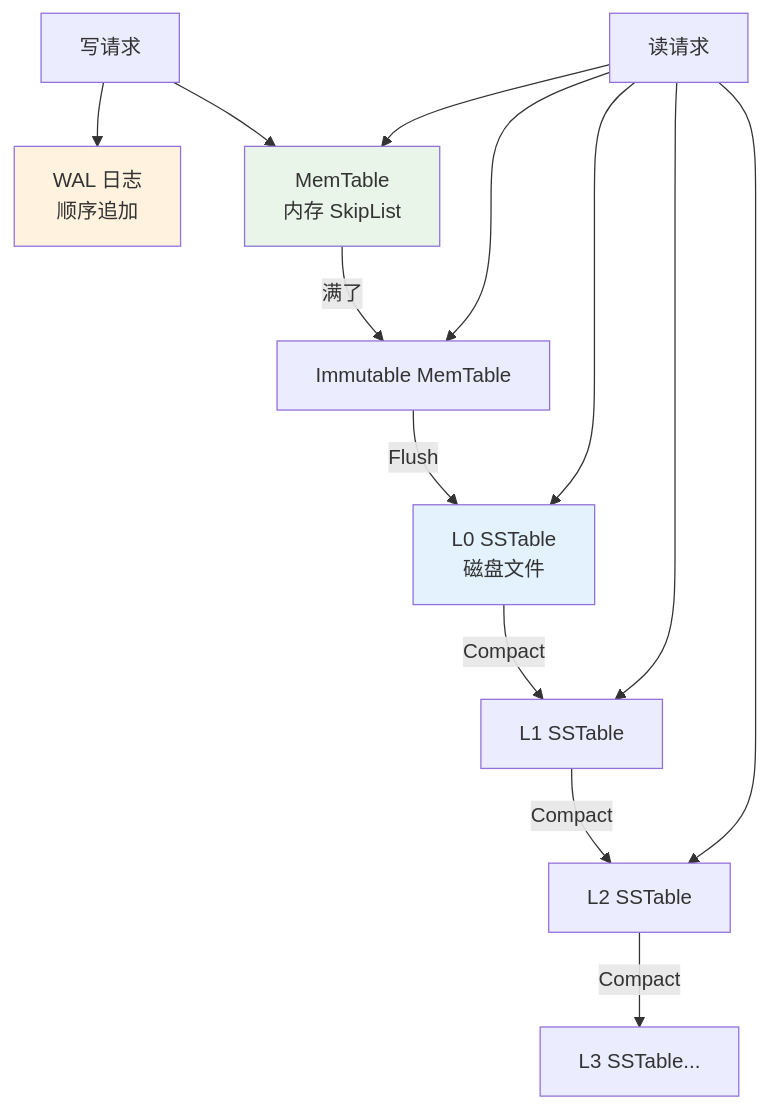
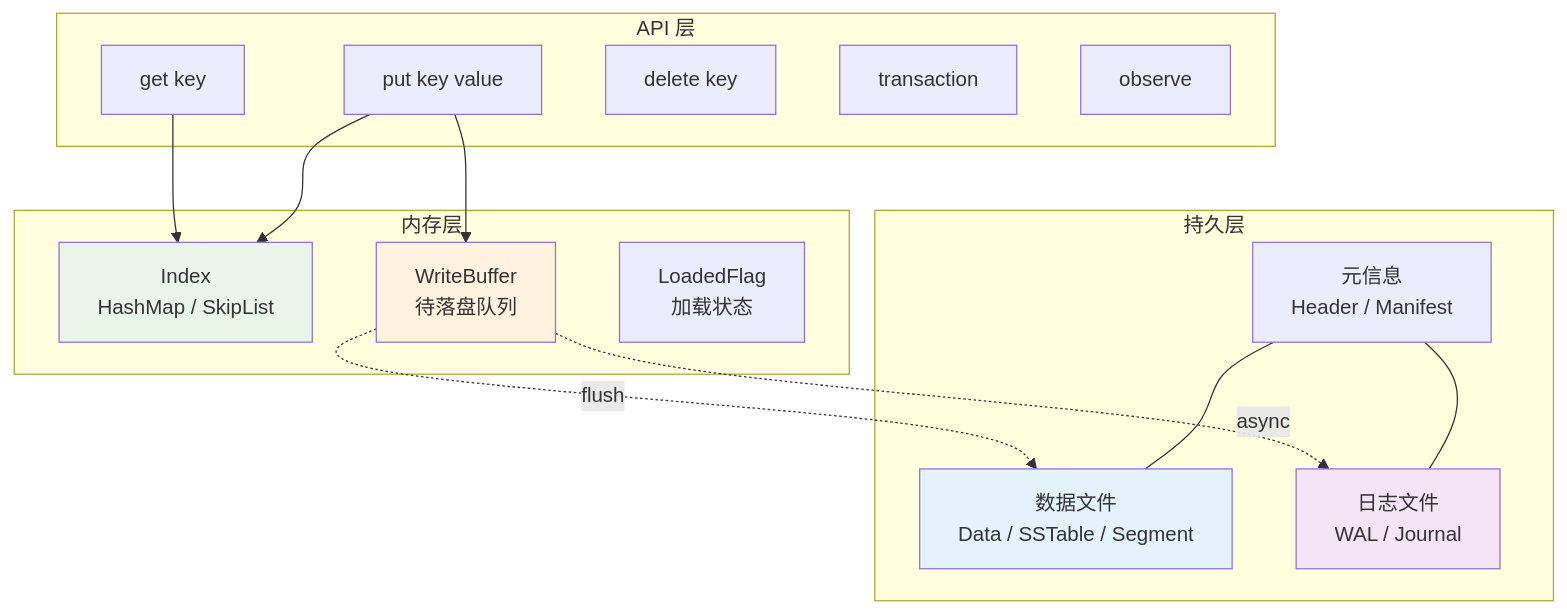
One commit to chongyang211/YCBookBlog changed diagram 16 of 28 in docs/10.真经/05.方案设计思想/04.缓存架构设计思想.md. Above: the diagram before and after it, drawn with Mermaid. The commit also changed other lines of this file and 1 other file, not shown here.

````diff
--- a/docs/10.真经/05.方案设计思想/04.缓存架构设计思想.md
+++ b/docs/10.真经/05.方案设计思想/04.缓存架构设计思想.md
@@ -1430,22 +1130,35 @@
 ```mermaid
 graph TB
-    Write[写请求] --> WAL[WAL 日志<br/>顺序追加]
-    Write --> MemTable[MemTable<br/>内存 SkipList]
+    subgraph API 层
+        A1[get key]
+        A2[put key value]
+        A3[delete key]
+        A4[transaction]
+        A5[observe]
+    end
     
-    MemTable -->|满了| Immutable[Immutable MemTable]
-    Immutable -->|Flush| L0[L0 SSTable<br/>磁盘文件]
+    subgraph 内存层
+        M1[Index<br/>HashMap / SkipList]
+        M2[WriteBuffer<br/>待落盘队列]
+        M3[LoadedFlag<br/>加载状态]
+    end
     
-    L0 -->|Compact| L1[L1 SSTable]
-    L1 -->|Compact| L2[L2 SSTable]
-    L2 -->|Compact| L3[L3 SSTable...]
+    subgraph 持久层
+        P1[数据文件<br/>Data / SSTable / Segment]
+        P2[日志文件<br/>WAL / Journal]
+        P3[元信息<br/>Header / Manifest]
+    end
     
-    Read[读请求] --> MemTable
-    Read --> Immutable
-    Read --> L0
-    Read --> L1
-    Read --> L2
+    A1 --> M1
+    A2 --> M1
+    A2 --> M2
+    M2 -.async.-> P2
+    M2 -.flush.-> P1
+    P3 --- P1
+    P3 --- P2
     
-    style WAL fill:#fff3e0
-    style MemTable fill:#e8f5e8
-    style L0 fill:#e3f2fd
+    style M1 fill:#e8f5e8
+    style M2 fill:#fff3e0
+    style P1 fill:#e3f2fd
+    style P2 fill:#f3e5f5
 ```
````
